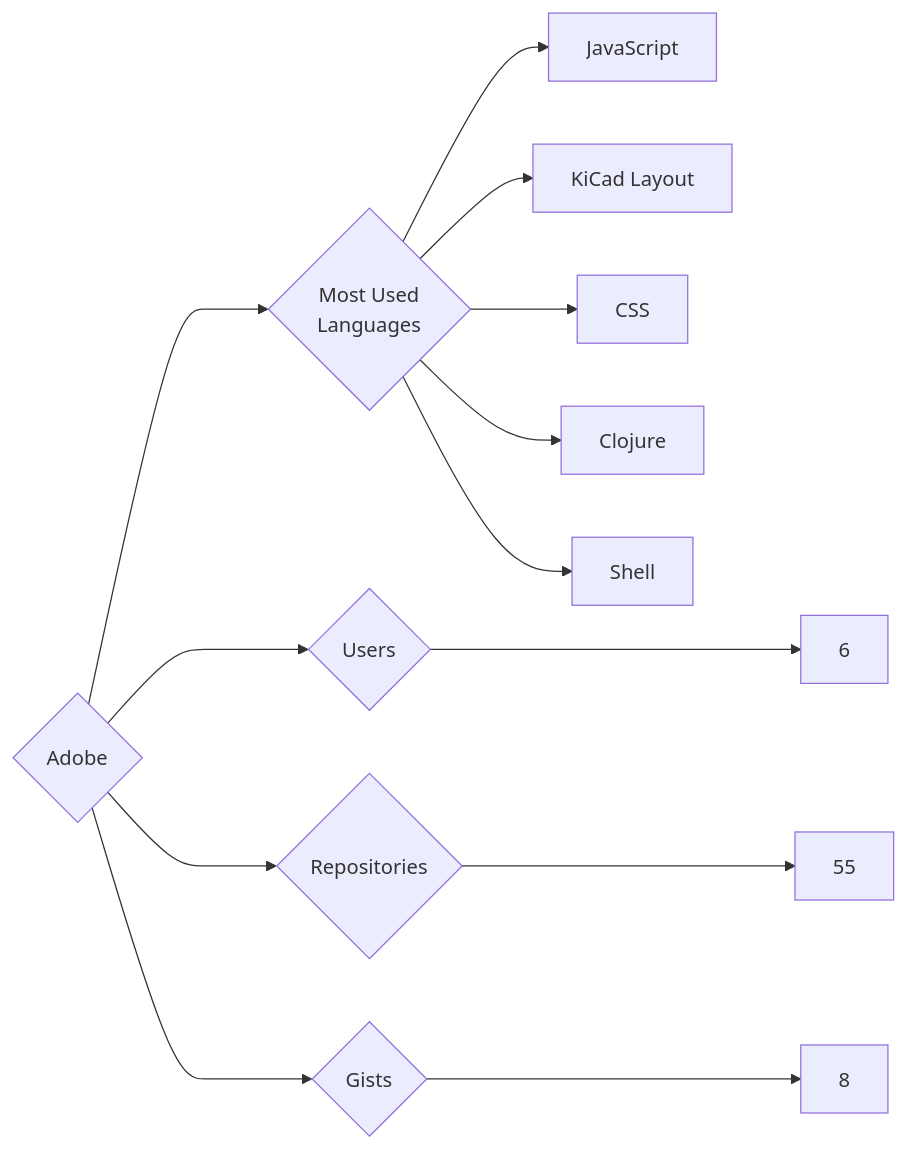
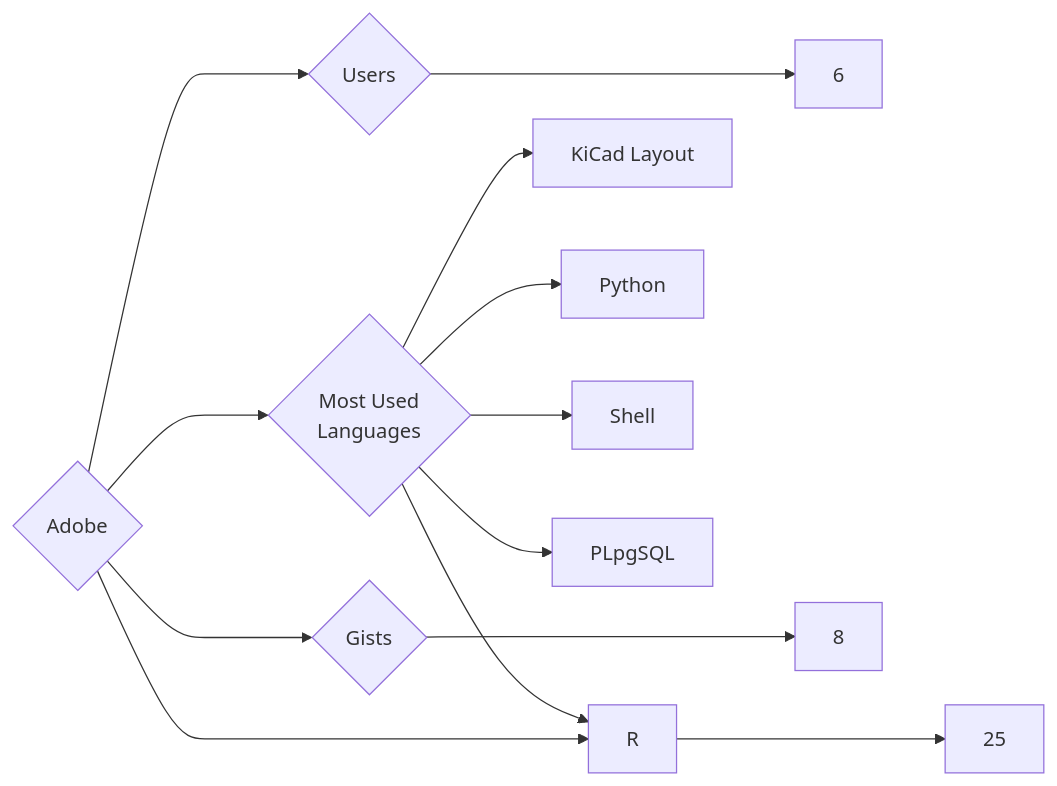
Before and after one commit to trickest/insiders: the diagram in targets/Adobe/README.md, drawn with Mermaid. The commit also changed 988 other files, not shown here.

````diff
--- a/targets/Adobe/README.md
+++ b/targets/Adobe/README.md
@@ -3,13 +3,13 @@
 ```mermaid
 graph LR
 COMPANY_NAME{Adobe}
 COMPANY_NAME ---> U{Users} ---> UN[6]
-COMPANY_NAME ---> R{Repositories} ---> RN[55]
+COMPANY_NAME ---> R{Repositories} ---> RN[25]
 COMPANY_NAME ---> G{Gists} ---> GN[8]
 COMPANY_NAME ---> ML{Most Used<br>Languages}
-ML --> JavaScript[JavaScript]
 ML --> KiCad_Layout[KiCad Layout]
-ML --> CSS[CSS]
-ML --> Clojure[Clojure]
+ML --> R[R]
+ML --> Python[Python]
 ML --> Shell[Shell]
+ML --> PLpgSQL[PLpgSQL]
 ```
````
